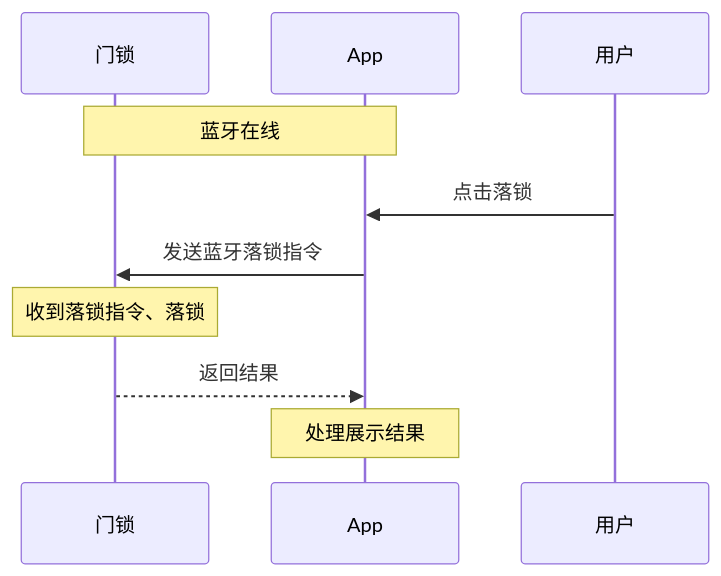
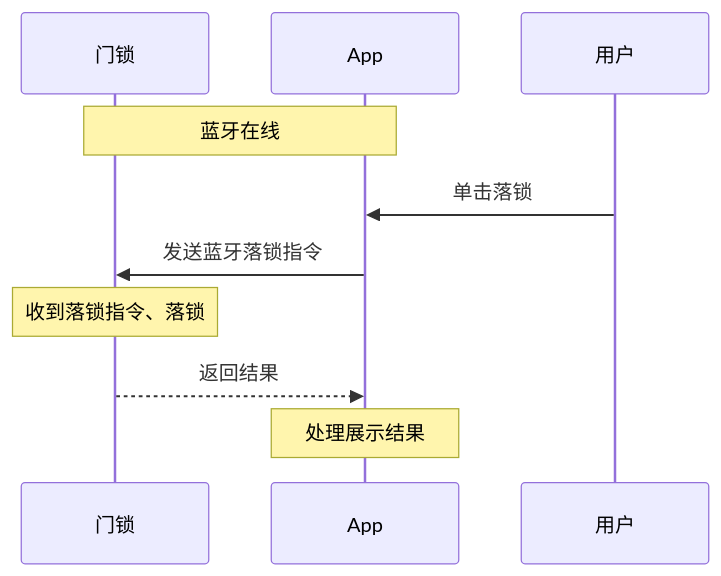
The fourth of 11 diagrams in lock/README_zh.md (tuya/tuya-lock-android-demo), drawn with Mermaid before and after one commit. The commit also changed other lines of this file and 1 other file, not shown here.

````diff
--- a/lock/README_zh.md
+++ b/lock/README_zh.md
@@ -497,12 +516,12 @@
 ```mermaid
 sequenceDiagram
 participant D as 门锁
 participant A as App
 participant U as 用户
 Note over D,A: 蓝牙在线
-U->>A: 点击落锁
+U->>A: 单击落锁
 A->>D: 发送蓝牙落锁指令
 Note over D: 收到落锁指令、落锁
 D-->>A: 返回结果
 Note over A: 处理展示结果
 ```
````
